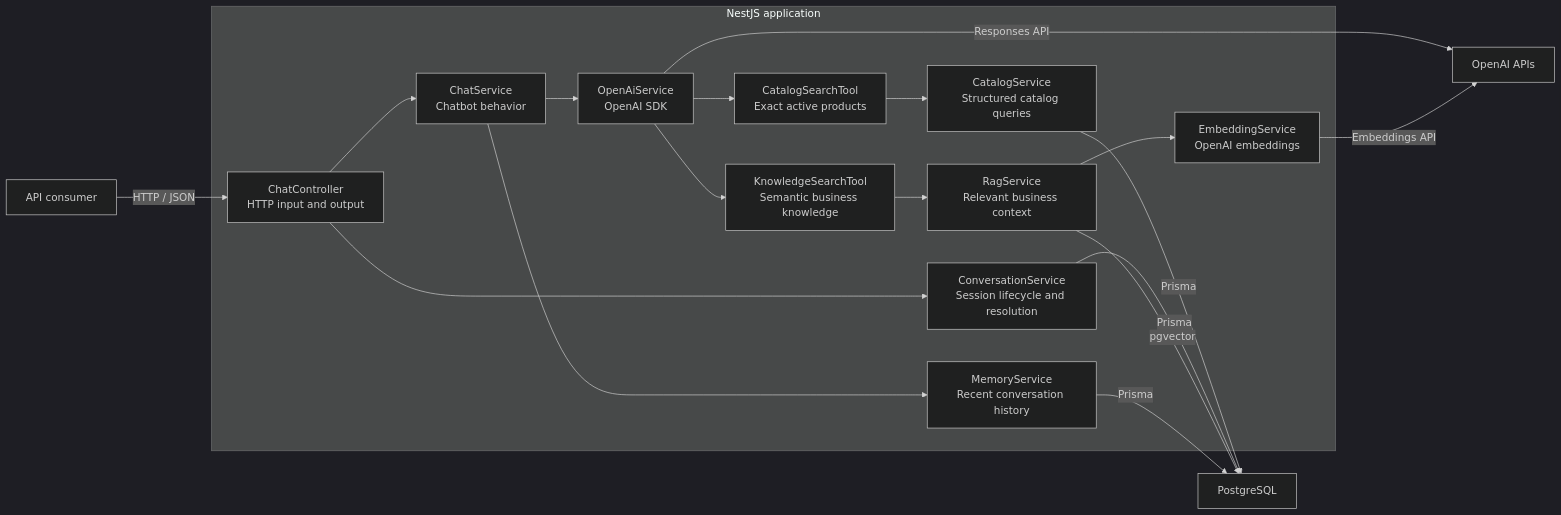
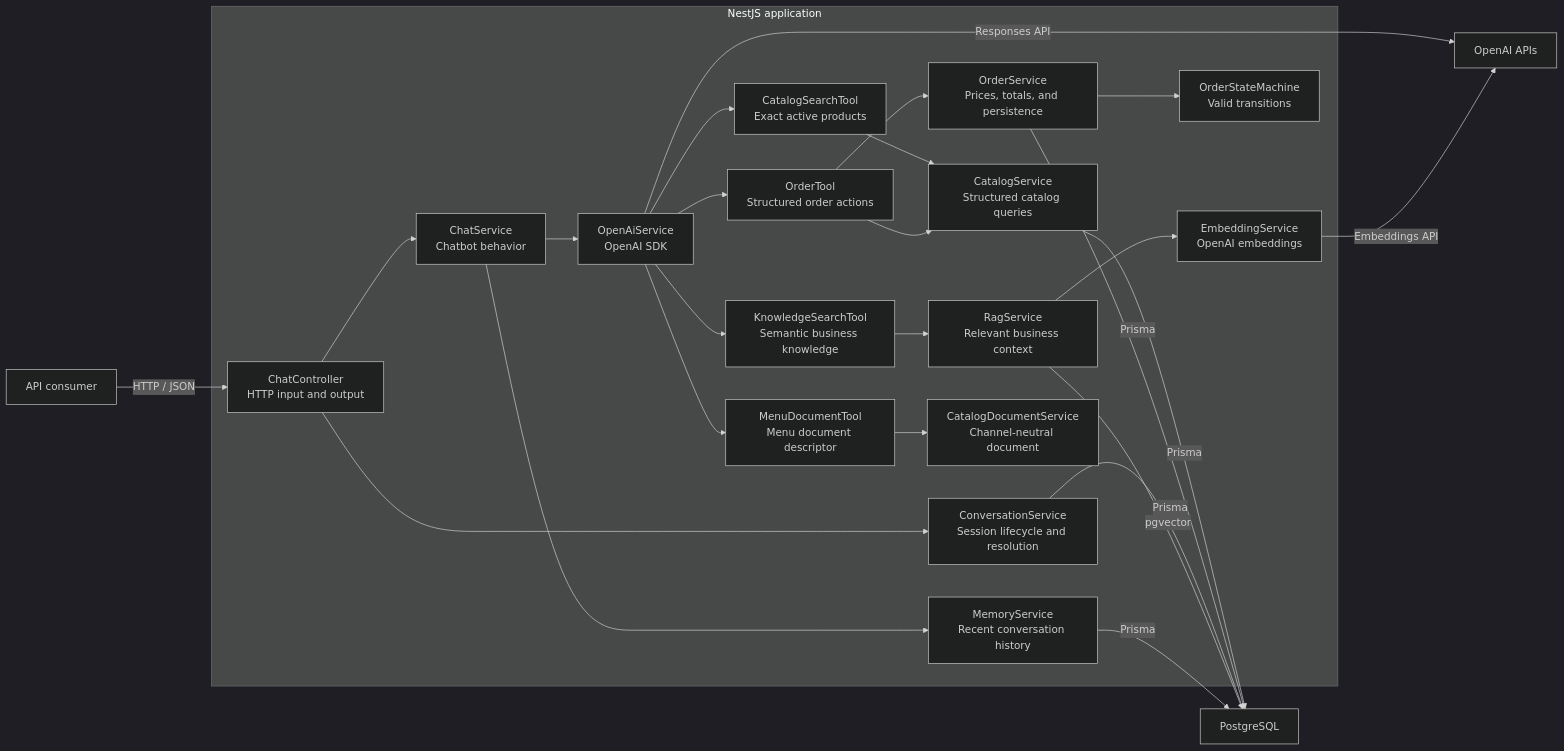
The diagram in ARCHITECTURE.md (juanjosechiroque/nestjs-multichannel-ai-chatbot-engine), drawn with Mermaid (dark theme) before and after one commit. The commit also changed other lines of this file and 57 other files, not shown here.

````diff
--- a/ARCHITECTURE.md
+++ b/ARCHITECTURE.md
@@ -24,34 +29,41 @@
 ```mermaid
 flowchart LR
     client["API consumer"]
 
     subgraph app["NestJS application"]
         controller["ChatController<br/>HTTP input and output"]
         conversation["ConversationService<br/>Session lifecycle and resolution"]
         chat["ChatService<br/>Chatbot behavior"]
         catalogTool["CatalogSearchTool<br/>Exact active products"]
+        menuTool["MenuDocumentTool<br/>Menu document descriptor"]
+        orderTool["OrderTool<br/>Structured order actions"]
         knowledgeTool["KnowledgeSearchTool<br/>Semantic business knowledge"]
         catalog["CatalogService<br/>Structured catalog queries"]
         rag["RagService<br/>Relevant business context"]
         embedding["EmbeddingService<br/>OpenAI embeddings"]
         memory["MemoryService<br/>Recent conversation history"]
         provider["OpenAiService<br/>OpenAI SDK"]
 
         controller --> conversation
         controller --> chat --> provider
         provider --> catalogTool --> catalog
+        provider --> menuTool --> menuDocument["CatalogDocumentService<br/>Channel-neutral document"]
+        provider --> orderTool --> catalog
+        orderTool --> orders["OrderService<br/>Prices, totals, and persistence"]
+        orders --> stateMachine["OrderStateMachine<br/>Valid transitions"]
         provider --> knowledgeTool --> rag --> embedding
         chat --> memory
     end
 
     openai["OpenAI APIs"]
     postgres["PostgreSQL"]
 
     client -->|"HTTP / JSON"| controller
     provider -->|"Responses API"| openai
     embedding -->|"Embeddings API"| openai
     catalog -->|"Prisma"| postgres
+    orders -->|"Prisma"| postgres
     conversation -->|"Prisma"| postgres
     rag -->|"pgvector"| postgres
     memory -->|"Prisma"| postgres
 ```
````
